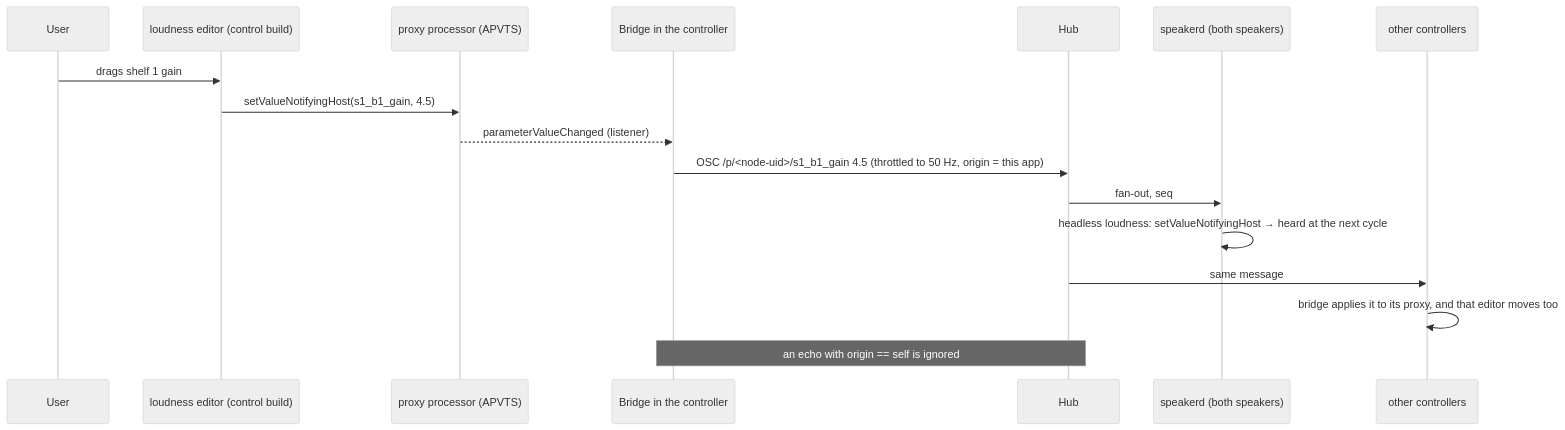
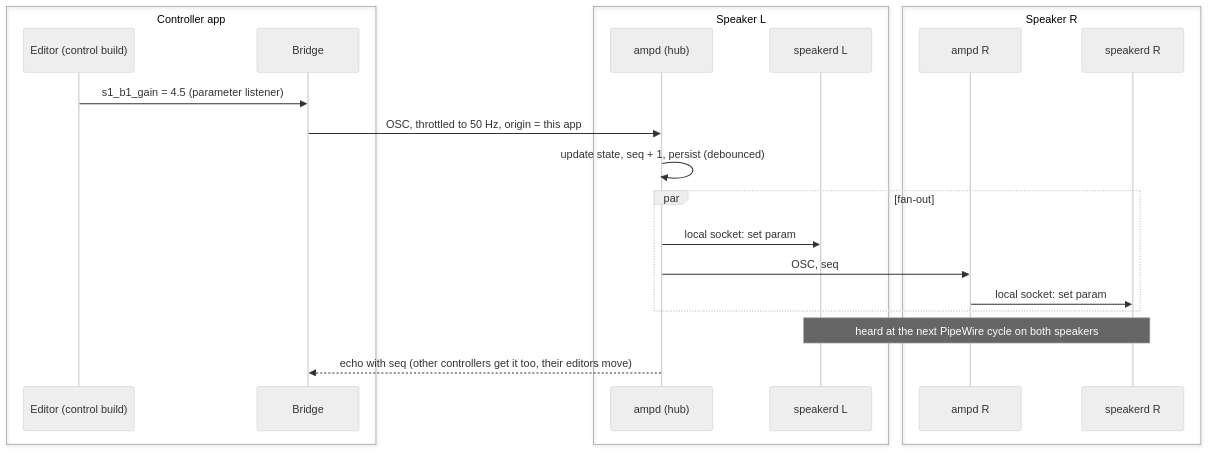
One commit to AMuszkat/bpi_amp_platform changed the fourth of 9 diagrams in docs/remote-plugin-host.md. Above: the diagram before and after it, drawn with Mermaid (neutral theme). The commit also changed other lines of this file, not shown here.

First line of the commit message:
Clarify the remote plugin host diagrams and drop the PipeWire alternative

````diff
--- a/docs/remote-plugin-host.md
+++ b/docs/remote-plugin-host.md
@@ -109,19 +224,25 @@
 ```mermaid
 sequenceDiagram
-    participant U as User
-    participant E as loudness editor (control build)
-    participant P as proxy processor (APVTS)
-    participant B as Bridge in the controller
-    participant H as Hub
-    participant S as speakerd (both speakers)
-    participant C2 as other controllers
-    U->>E: drags shelf 1 gain
-    E->>P: setValueNotifyingHost(s1_b1_gain, 4.5)
-    P-->>B: parameterValueChanged (listener)
-    B->>H: OSC /p/<node-uid>/s1_b1_gain 4.5 (throttled to 50 Hz, origin = this app)
-    H->>S: fan-out, seq
-    S->>S: headless loudness: setValueNotifyingHost → heard at the next cycle
-    H->>C2: same message
-    C2->>C2: bridge applies it to its proxy, and that editor moves too
-    Note over B,H: an echo with origin == self is ignored
+    box Controller app
+        participant E as Editor (control build)
+        participant B as Bridge
+    end
+    box Speaker L
+        participant H as ampd (hub)
+        participant SL as speakerd L
+    end
+    box Speaker R
+        participant AR as ampd R
+        participant SR as speakerd R
+    end
+    E->>B: s1_b1_gain = 4.5 (parameter listener)
+    B->>H: OSC, throttled to 50 Hz, origin = this app
+    H->>H: update state, seq + 1, persist (debounced)
+    par fan-out
+        H->>SL: local socket: set param
+        H->>AR: OSC, seq
+        AR->>SR: local socket: set param
+    end
+    Note over SL,SR: heard at the next PipeWire cycle on both speakers
+    H-->>B: echo with seq (other controllers get it too, their editors move)
 ```
````
